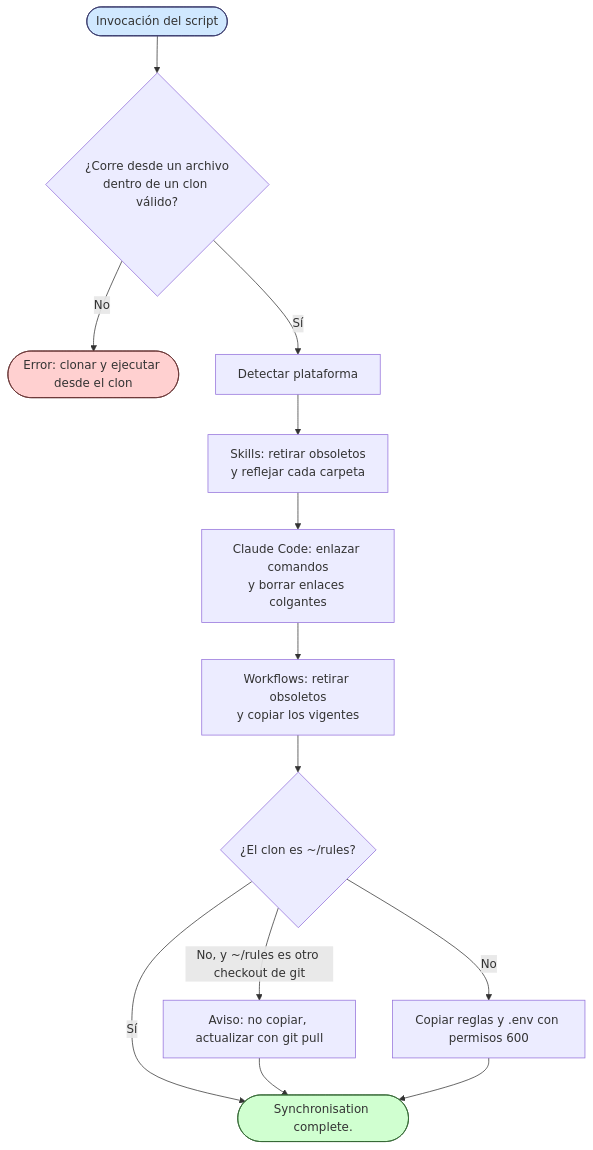
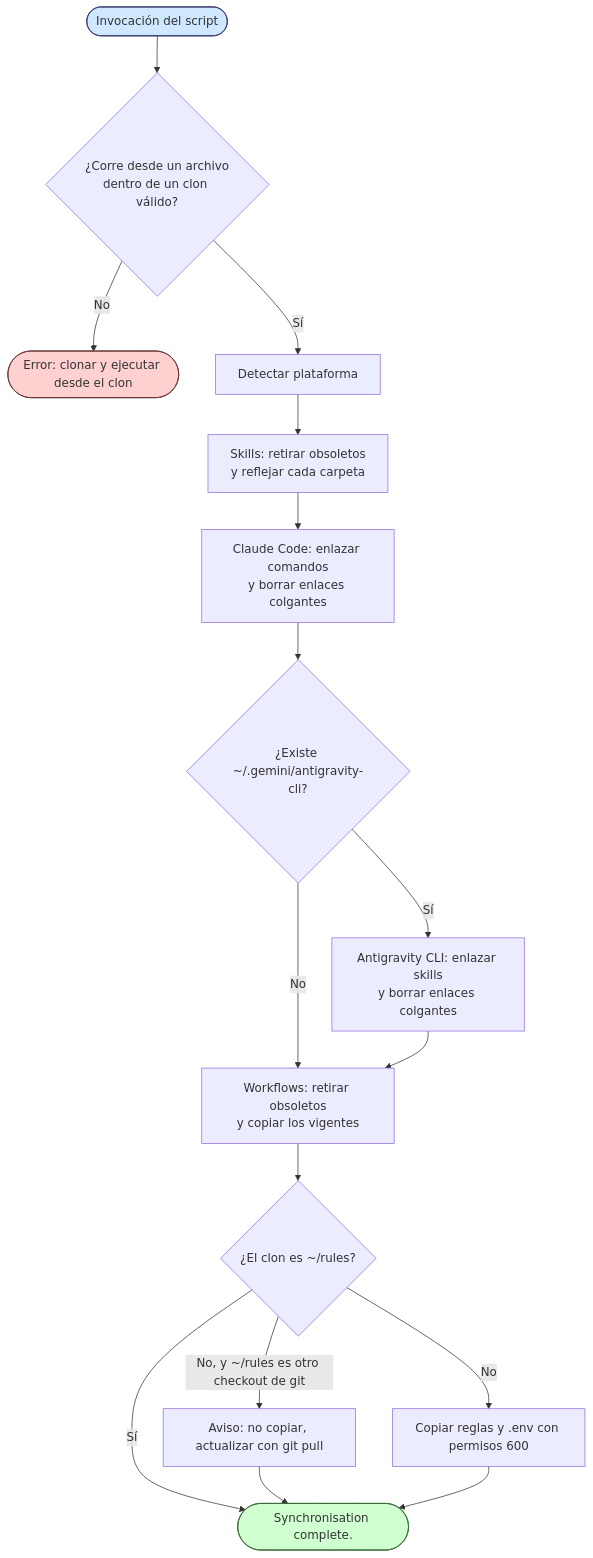
One commit to incognia/rules changed the first of 3 diagrams in docs/SYNC.md. Above: the diagram before and after it, drawn with Mermaid. The commit also changed other lines of this file and 1 other file, not shown here.

First line of the commit message:
feat(sync): link skills into Antigravity CLI's global skills directory

````diff
--- a/docs/SYNC.md
+++ b/docs/SYNC.md
@@ -40,19 +41,22 @@
 ```mermaid
 flowchart TD
     A([Invocación del script]) --> B{¿Corre desde un archivo<br/>dentro de un clon válido?}
     B -->|No| E([Error: clonar y ejecutar desde el clon])
     B -->|Sí| C[Detectar plataforma]
     C --> D[Skills: retirar obsoletos<br/>y reflejar cada carpeta]
     D --> F[Claude Code: enlazar comandos<br/>y borrar enlaces colgantes]
-    F --> G[Workflows: retirar obsoletos<br/>y copiar los vigentes]
+    F --> AG{¿Existe ~/.gemini/antigravity-cli?}
+    AG -->|Sí| AH[Antigravity CLI: enlazar skills<br/>y borrar enlaces colgantes]
+    AG -->|No| G
+    AH --> G[Workflows: retirar obsoletos<br/>y copiar los vigentes]
     G --> H{¿El clon es ~/rules?}
     H -->|Sí| J([Synchronisation complete.])
     H -->|No, y ~/rules es otro checkout de git| I[Aviso: no copiar, actualizar con git pull]
     H -->|No| K[Copiar reglas y .env con permisos 600]
     I --> J
     K --> J
 
     style A fill:#d0e8ff,stroke:#336
     style J fill:#d0ffd0,stroke:#363
     style E fill:#ffd0d0,stroke:#633
 ```
````
